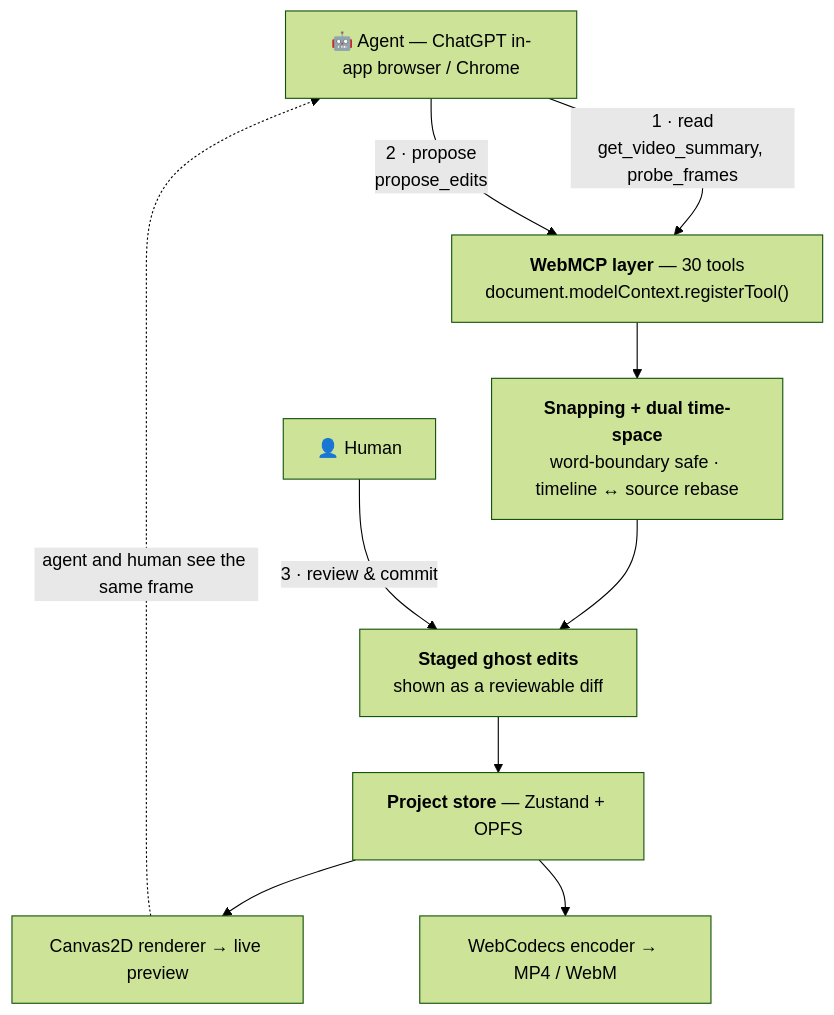
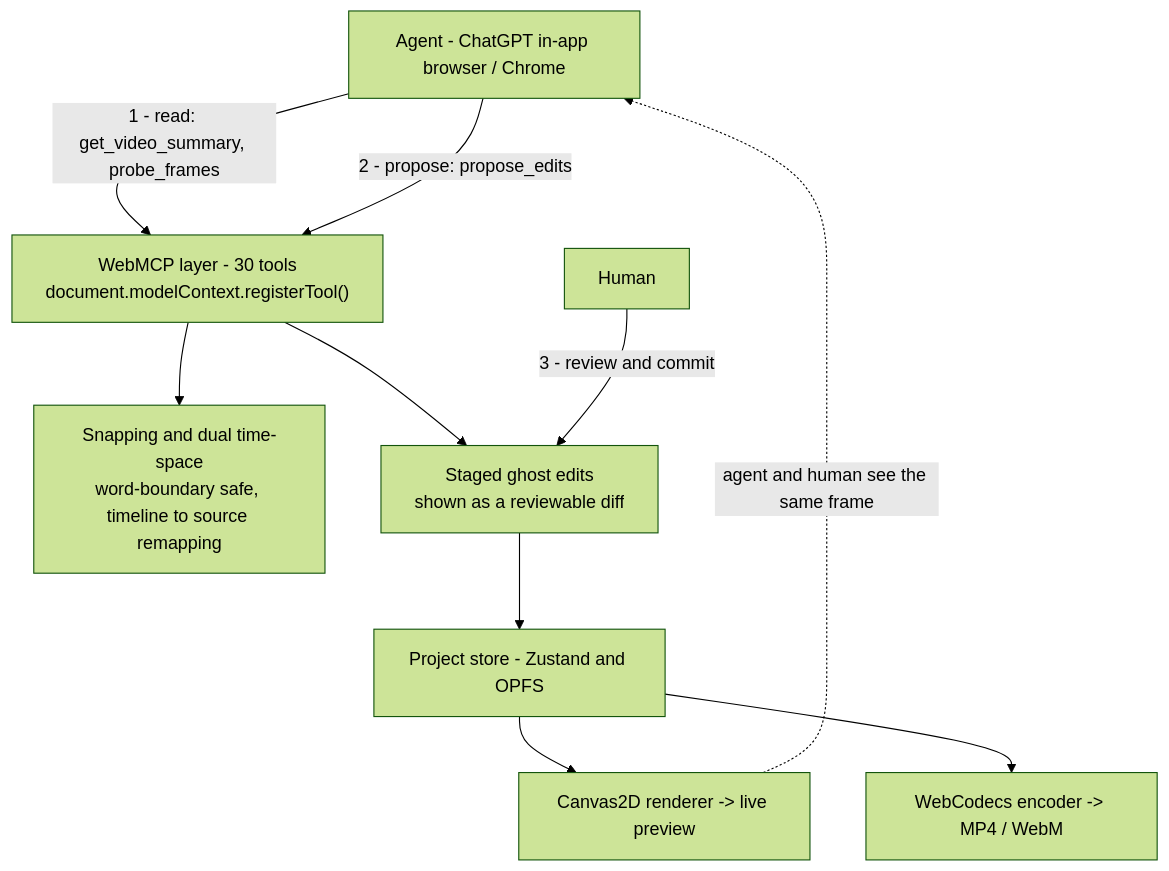
One commit to Panoptik-Studio/Panoptik changed the diagram in README.md. Above: the diagram before and after it, drawn with Mermaid (forest theme). The commit also changed other lines of this file, not shown here.

````diff
--- a/README.md
+++ b/README.md
@@ -31,19 +31,19 @@
 ```mermaid
 flowchart TD
-    A["🤖 Agent — ChatGPT in-app browser / Chrome"]
+    A["Agent - ChatGPT in-app browser / Chrome"]
 
-    A -->|"1 · read<br/>get_video_summary, probe_frames"| T
-    A -->|"2 · propose<br/>propose_edits"| T
+    A -->|"1 - read: get_video_summary, probe_frames"| T
+    A -->|"2 - propose: propose_edits"| T
 
-    T["<b>WebMCP layer</b> — 30 tools<br/>document.modelContext.registerTool()"]
-    T --> S["<b>Snapping + dual time-space</b><br/>word-boundary safe · timeline ↔ source rebase"]
-    S --> G["<b>Staged ghost edits</b><br/>shown as a reviewable diff"]
+    T["WebMCP layer - 30 tools<br/>document.modelContext.registerTool()"]
+    T --> S["Snapping and dual time-space<br/>word-boundary safe, timeline to source remapping"]
+    T --> G["Staged ghost edits<br/>shown as a reviewable diff"]
 
-    H["👤 Human"] -->|"3 · review & commit"| G
-    G --> P["<b>Project store</b> — Zustand + OPFS"]
+    H["Human"] -->|"3 - review and commit"| G
+    G --> P["Project store - Zustand and OPFS"]
 
-    P --> R["Canvas2D renderer → live preview"]
-    P --> E["WebCodecs encoder → MP4 / WebM"]
+    P --> R["Canvas2D renderer -> live preview"]
+    P --> E["WebCodecs encoder -> MP4 / WebM"]
 
     R -.->|"agent and human see the same frame"| A
 ```
````
